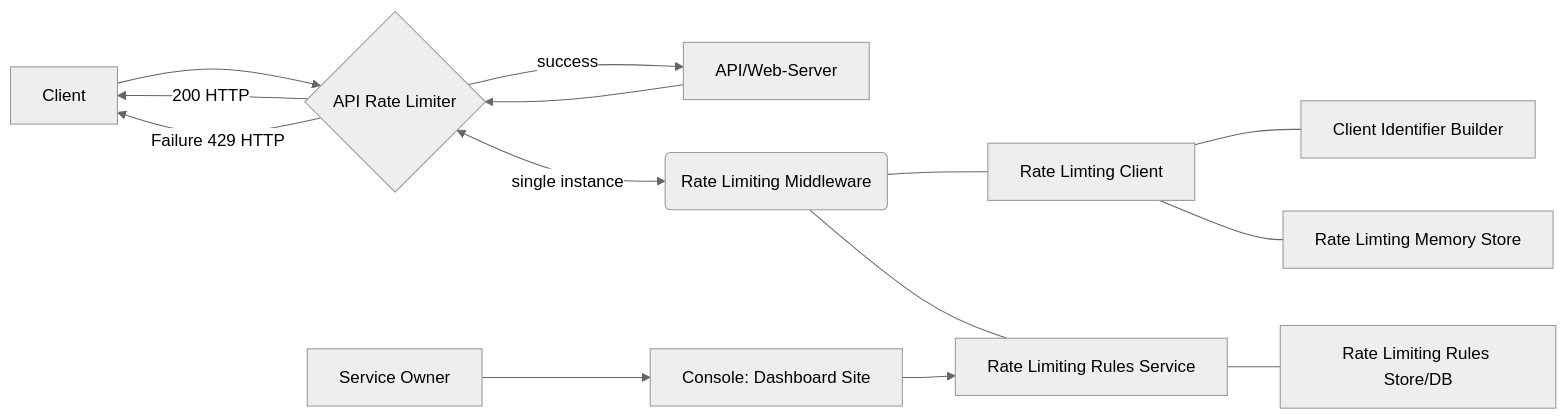
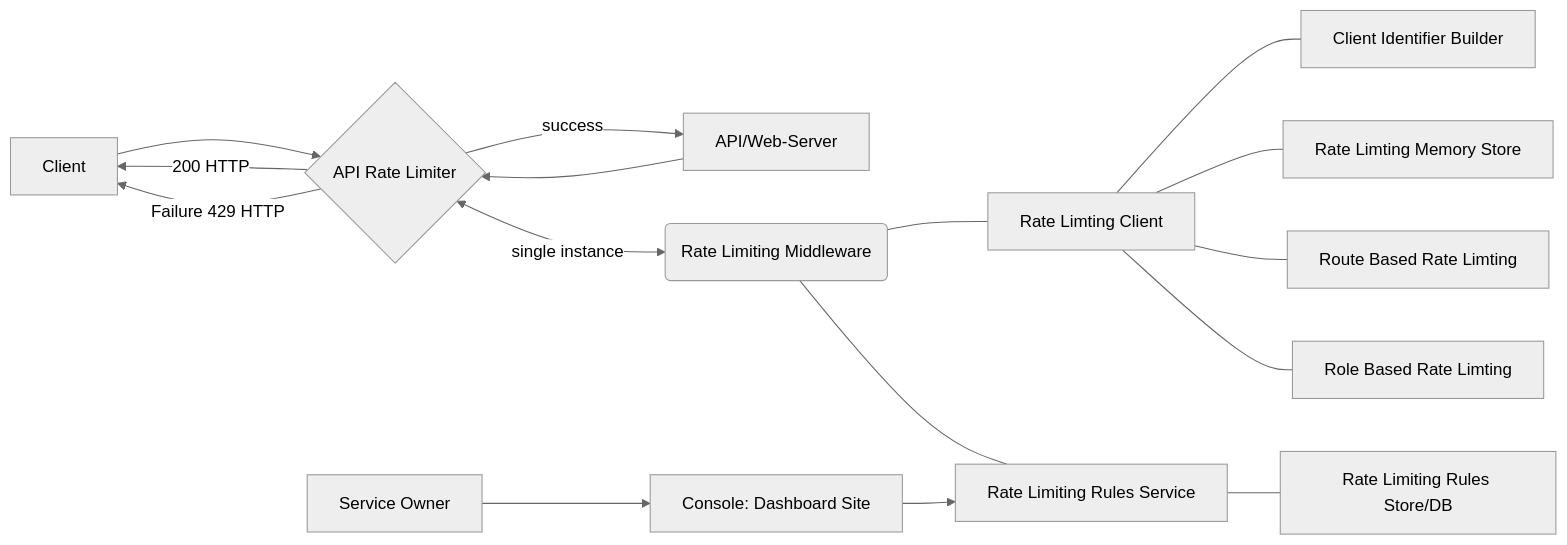
One commit to Real-Dev-Squad/docs changed the first of 2 diagrams in docs/dev/rate-limiting/README.md. Above: the diagram before and after it, drawn with Mermaid (neutral theme). The commit also changed other lines of this file, not shown here.

Commit message:
feat: route based limting design finished

````diff
--- a/docs/dev/rate-limiting/README.md
+++ b/docs/dev/rate-limiting/README.md
@@ -32,15 +33,17 @@
 ```mermaid
 flowchart LR
     Client[Client] --> ARL{API Rate Limiter} -- success --> Server[API/Web-Server]
     Server --> ARL
     ARL -- 200 HTTP --> Client
     ARL -- Failure 429 HTTP --> Client
     ARL <-- single instance --> RLM(Rate Limiting Middleware)
     RLM --- RLC[Rate Limting Client]
     RLM --- RLRS[Rate Limiting Rules Service]
     RLC --- CIDB[Client Identifier Builder]
     RLC --- RLMS[Rate Limting Memory Store]
+    RLC --- RBRLM[Route Based Rate Limting]
+    RLC --- ROBRLM[Role Based Rate Limting]
     RLRC[Console: Dashboard Site] --> RLRS
     RLRS --- RLRDB[Rate Limiting Rules Store/DB]
     SO[Service Owner] --> RLRC
 ```
````
